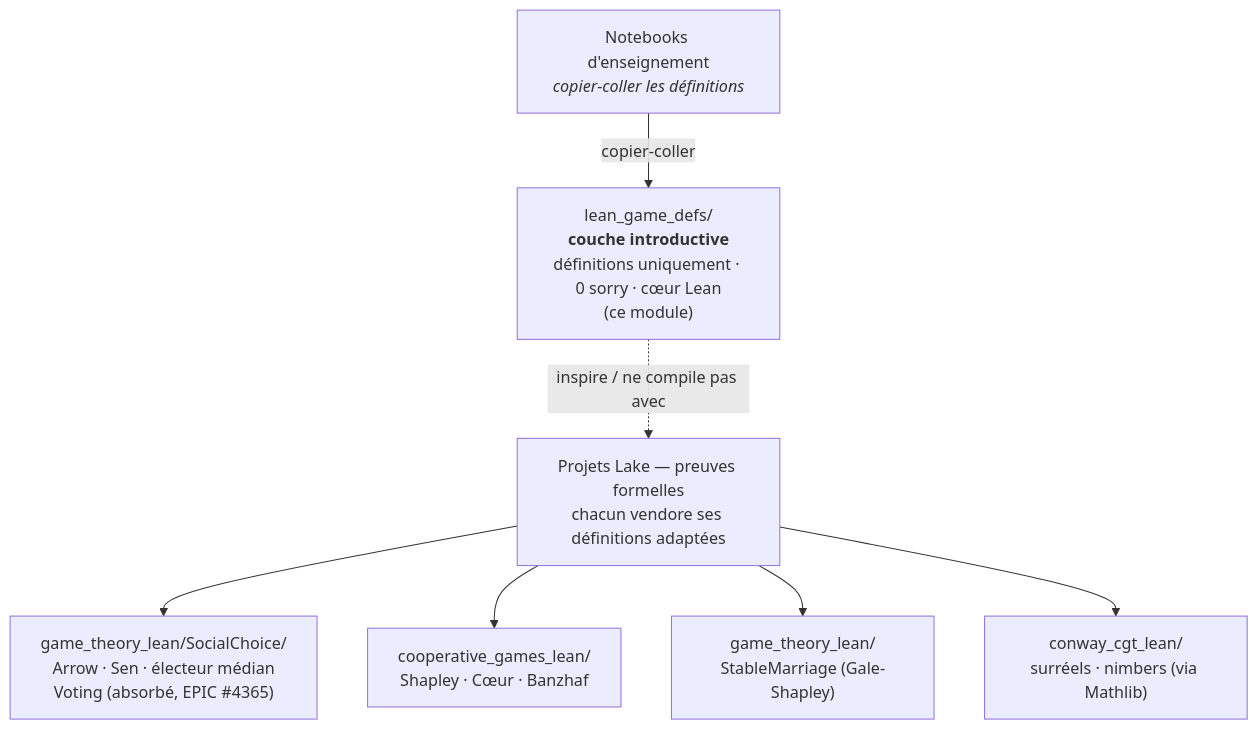
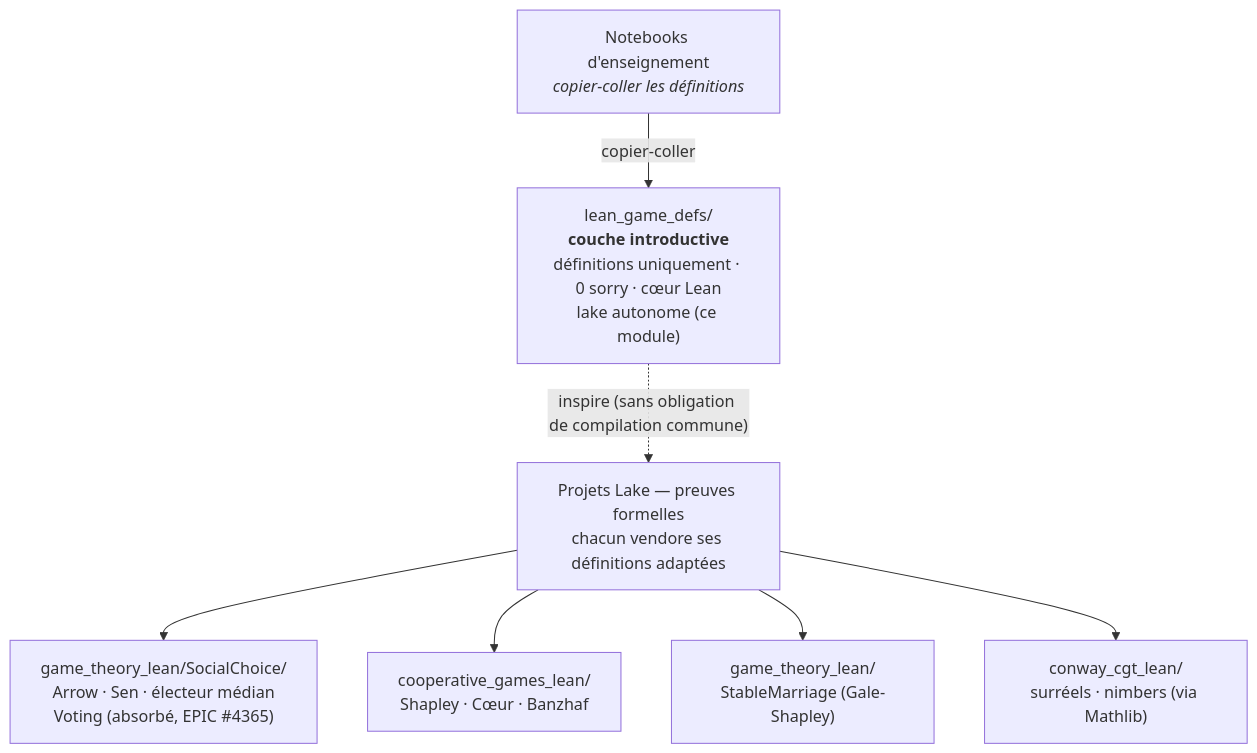
The first of 2 diagrams in MyIA.AI.Notebooks/GameTheory/lean_game_defs/README.md (jsboige/CoursIA), drawn with Mermaid before and after one commit. The commit also changed other lines of this file and 9 other files, not shown here.

````diff
--- a/MyIA.AI.Notebooks/GameTheory/lean_game_defs/README.md
+++ b/MyIA.AI.Notebooks/GameTheory/lean_game_defs/README.md
@@ -57,17 +58,17 @@
 ```mermaid
 flowchart TD
     NOTEBOOKS["Notebooks d'enseignement<br/><i>copier-coller les définitions</i>"]
-    INTRO["lean_game_defs/<br/><b>couche introductive</b><br/>définitions uniquement · 0 sorry · cœur Lean<br/>(ce module)"]
+    INTRO["lean_game_defs/<br/><b>couche introductive</b><br/>définitions uniquement · 0 sorry · cœur Lean<br/>lake autonome (ce module)"]
     PROJ["Projets Lake — preuves formelles<br/>chacun vendore ses définitions adaptées"]
     SC["game_theory_lean/SocialChoice/<br/>Arrow · Sen · électeur médian<br/>Voting (absorbé, EPIC #4365)"]
     COOP["cooperative_games_lean/<br/>Shapley · Cœur · Banzhaf"]
     SM["game_theory_lean/<br/>StableMarriage (Gale-Shapley)"]
     CGT["conway_cgt_lean/<br/>surréels · nimbers (via Mathlib)"]
 
     NOTEBOOKS -->|"copier-coller"| INTRO
-    INTRO -.->|"inspire / ne compile pas avec"| PROJ
+    INTRO -.->|"inspire (sans obligation de compilation commune)"| PROJ
     PROJ --> SC
     PROJ --> COOP
     PROJ --> SM
     PROJ --> CGT
 ```
````
